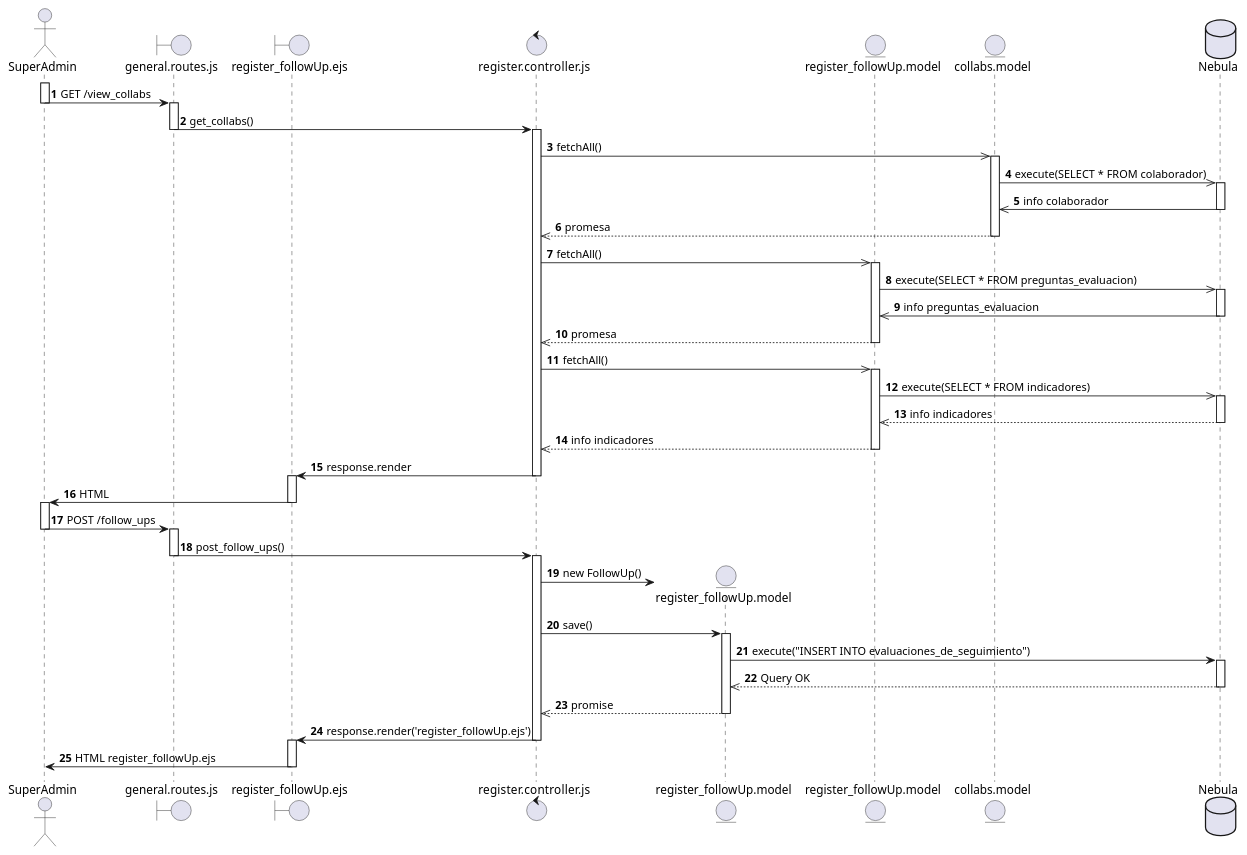
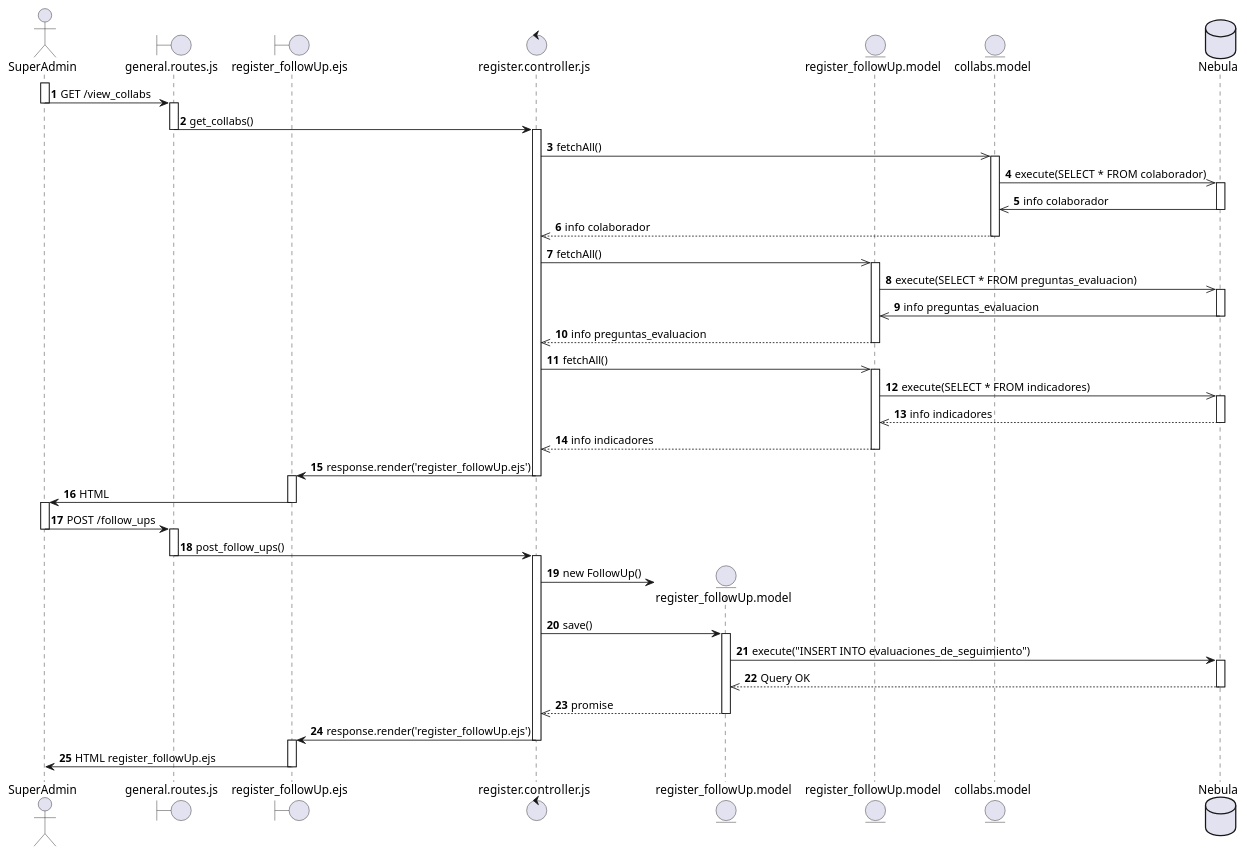
Before and after one commit to SALV19/Nebula_tc2005b: the diagram in diagramas_secuencia/req36_register_followUp.puml, drawn with PlantUML. The commit also changed 5 other files, not shown here.

```diff
--- a/diagramas_secuencia/req36_register_followUp.puml
+++ b/diagramas_secuencia/req36_register_followUp.puml
@@ -1,92 +1,92 @@
 @startuml REQ_36
 autonumber
 actor SuperAdmin as S
 boundary general.routes.js as Route
 boundary register_followUp.ejs as Register
 control register.controller.js as SController
 entity register_followUp.model as SModel
 entity register_followUp.model as Model
 entity collabs.model as cm
 database Nebula as db
 
 ' --- GET COLLABS ---
 activate S
 S -> Route : GET /view_collabs
 deactivate S
 
 activate Route
 Route -> SController : get_collabs()
 deactivate Route
 
 activate SController
 SController ->> cm : fetchAll()
 
 activate cm
 cm ->> db : execute(SELECT * FROM colaborador)
 
 activate db
 db ->> cm : info colaborador
 deactivate db
 
-cm -->> SController : promesa
+cm -->> SController : info colaborador
 deactivate cm 
 
 SController ->> Model : fetchAll()
 
 activate Model 
 Model ->> db : execute(SELECT * FROM preguntas_evaluacion)
 activate db
 db ->> Model : info preguntas_evaluacion
 deactivate db
 
-Model -->> SController : promesa
+Model -->> SController : info preguntas_evaluacion
 deactivate Model 
 
 ' --- GET INFO INDICADORES ---
 SController ->> Model : fetchAll()
 activate Model 
 Model ->> db : execute(SELECT * FROM indicadores)
 activate db
 db -->> Model : info indicadores
 deactivate db
 Model -->> SController : info indicadores
 deactivate Model 
 
-SController -> Register : response.render
+SController -> Register : response.render('register_followUp.ejs')
 deactivate SController
 
 activate Register
 Register -> S : HTML
 deactivate Register
 
 ' ---- REGISTER FOLLOW UP ----
 activate S
 S -> Route : POST /follow_ups
 deactivate S
 
 activate Route
 Route -> SController : post_follow_ups()
 deactivate Route
 
 activate SController
 create SModel 
 SController -> SModel: new FollowUp()
 SController -> SModel : save()
 
 activate SModel
 SModel -> db : execute("INSERT INTO evaluaciones_de_seguimiento")
 activate db
 db -->> SModel : Query OK
 deactivate db
 
 SModel -->> SController : promise
 deactivate SModel
 
 SController -> Register : response.render('register_followUp.ejs')
 deactivate SController
 
 activate Register
 Register -> S : HTML register_followUp.ejs
 deactivate Register
 
 @enduml
```
